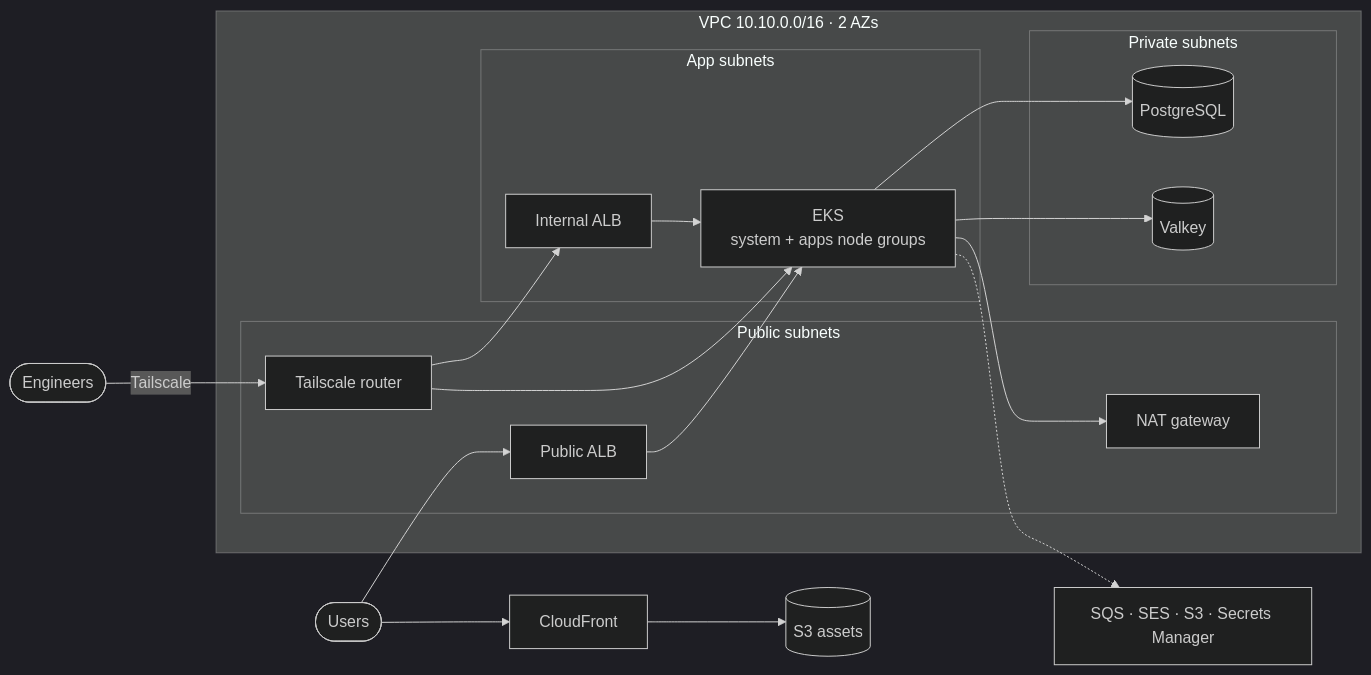
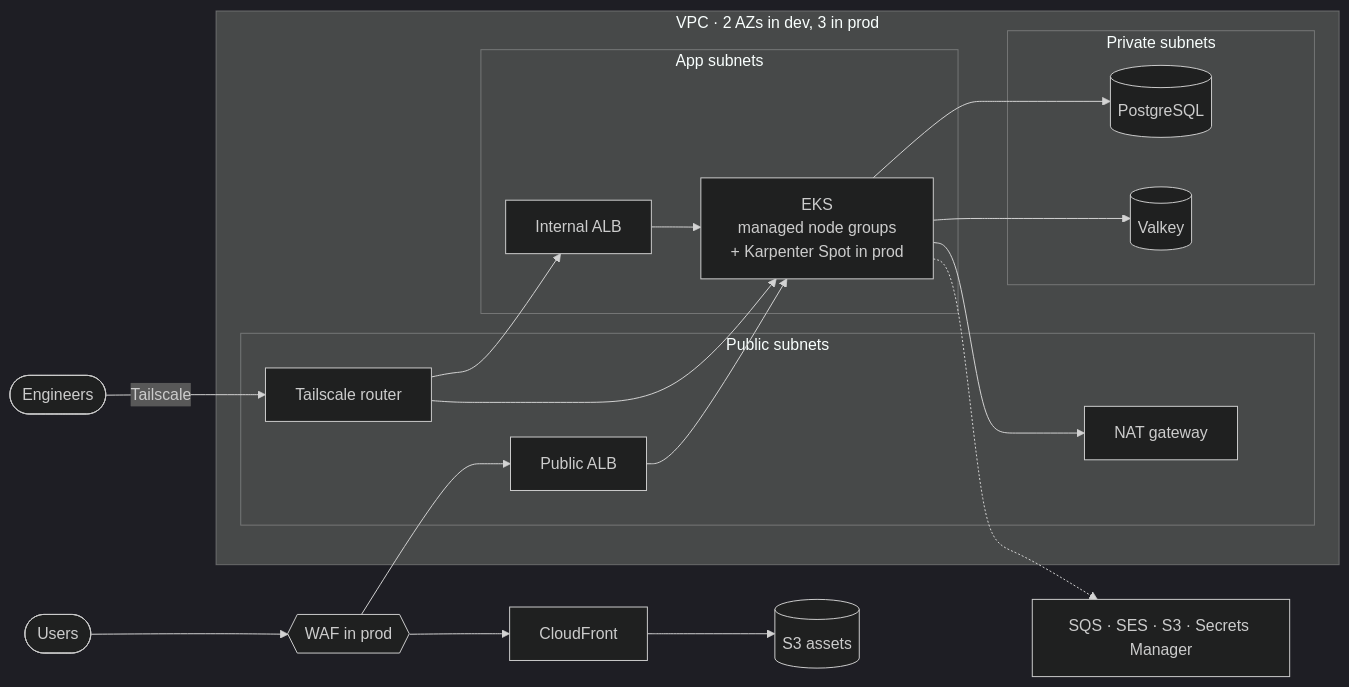
One commit to mohamedsheriif/aws-eks-platform changed the diagram in README.md. Above: the diagram before and after it, drawn with Mermaid (dark theme). The commit also changed other lines of this file, not shown here.

First line of the commit message:
README: document the prod environment

````diff
--- a/README.md
+++ b/README.md
@@ -14,33 +14,34 @@
 ```mermaid
 flowchart LR
   user([Users])
   eng([Engineers])
 
-  user --> cf[CloudFront] --> s3a[(S3 assets)]
-  user --> palb
+  user --> waf{{WAF in prod}}
+  waf --> cf[CloudFront] --> s3a[(S3 assets)]
+  waf --> palb
 
   eng -- Tailscale --> ts
 
-  subgraph VPC["VPC 10.10.0.0/16 · 2 AZs"]
+  subgraph VPC["VPC · 2 AZs in dev, 3 in prod"]
     subgraph public[Public subnets]
       palb[Public ALB]
       ts[Tailscale router]
       nat[NAT gateway]
     end
     subgraph app[App subnets]
       ialb[Internal ALB]
-      eks[EKS<br/>system + apps node groups]
+      eks[EKS<br/>managed node groups<br/>+ Karpenter Spot in prod]
     end
     subgraph private[Private subnets]
       rds[(PostgreSQL)]
       valkey[(Valkey)]
     end
   end
 
   palb --> eks
   ts --> ialb --> eks
   ts --> eks
   eks --> rds & valkey
   eks --> nat
   eks -.-> svc[SQS · SES · S3 · Secrets Manager]
 ```
````
